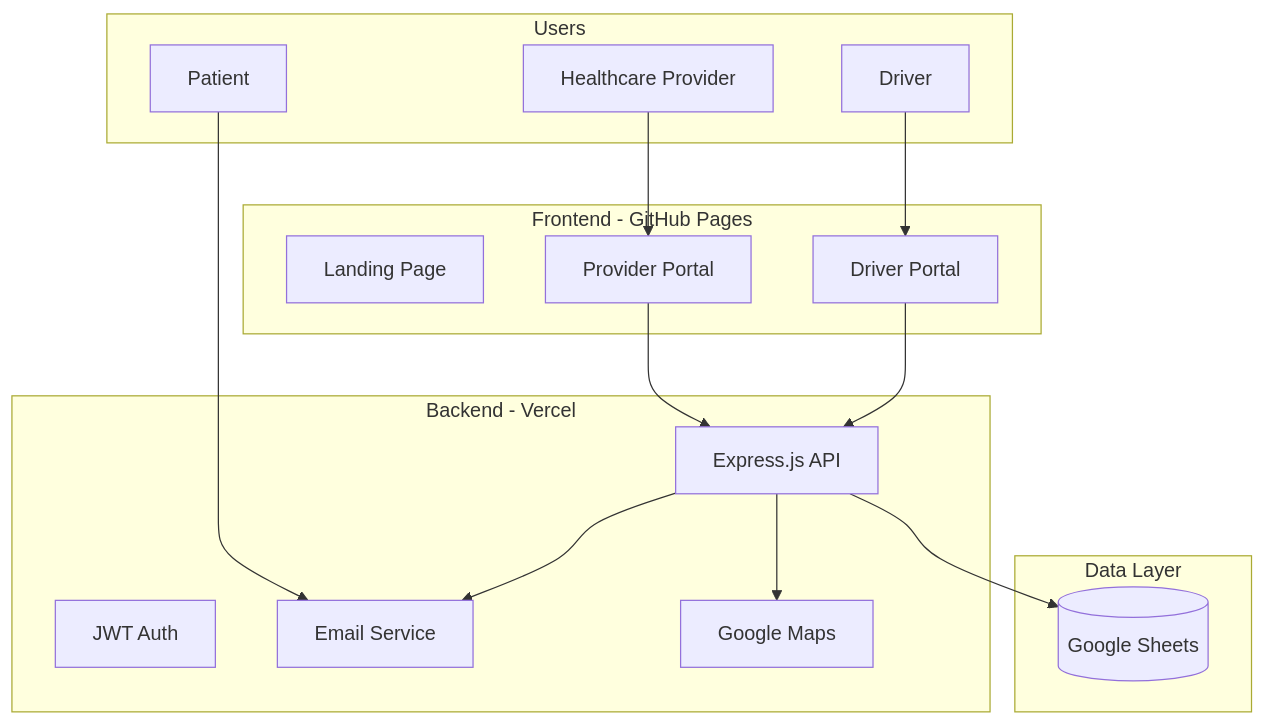
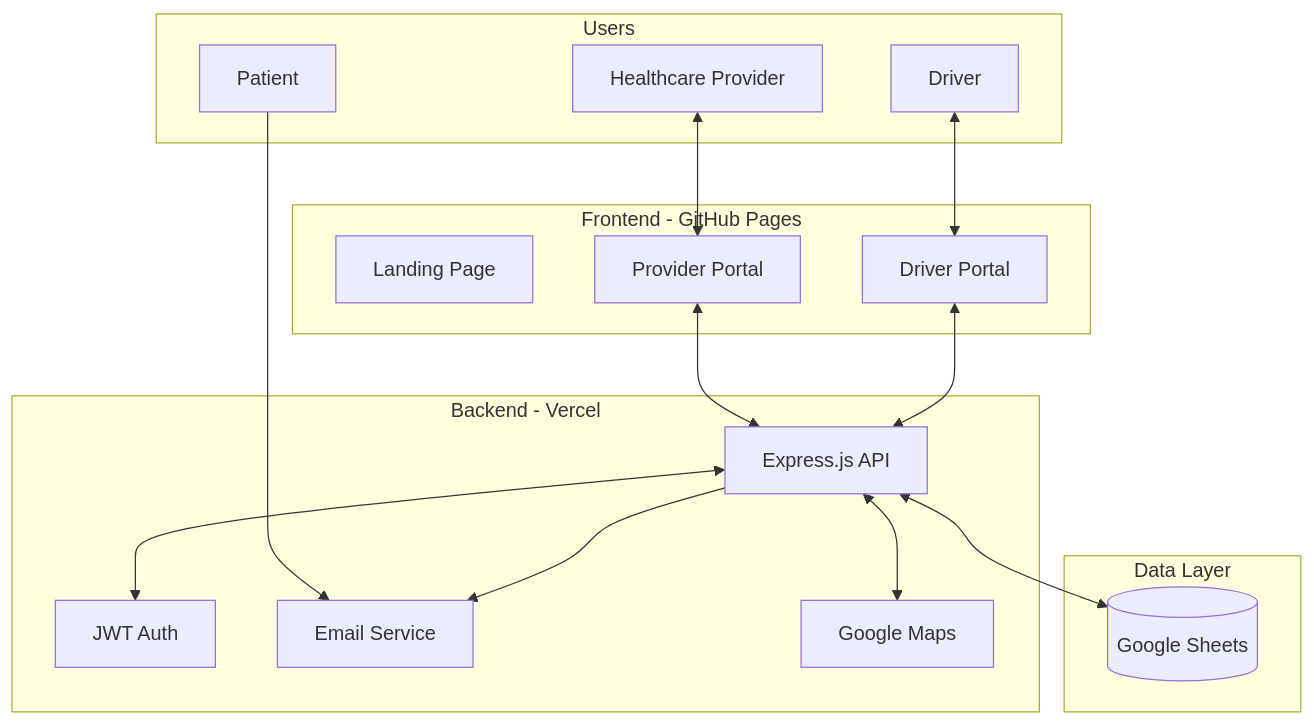
The first of 10 diagrams in FLOWS.md (ACherniske/ECEG301), drawn with Mermaid before and after one commit. The commit also changed other lines of this file and 1 other file, not shown here.

````diff
--- a/FLOWS.md
+++ b/FLOWS.md
@@ -38,35 +38,36 @@
 ```mermaid
 graph TB
     subgraph Users["Users"]
         PROV[Healthcare Provider]
         PAT[Patient]
         DRV[Driver]
     end
     
     subgraph Frontend["Frontend - GitHub Pages"]
         LP[Landing Page]
         PP[Provider Portal]
         DP[Driver Portal]
     end
     
     subgraph Backend["Backend - Vercel"]
         API[Express.js API]
         AUTH[JWT Auth]
         EMAIL[Email Service]
         MAPS[Google Maps]
     end
     
     subgraph Data["Data Layer"]
         GS[(Google Sheets)]
     end
     
-    PROV --> PP
+    PROV <--> PP
     PAT --> EMAIL
-    DRV --> DP
+    DRV <--> DP
     
-    PP --> API
-    DP --> API
-    API --> GS
+    PP <--> API
+    DP <--> API
+    API <--> AUTH
+    API <--> GS
     API --> EMAIL
-    API --> MAPS
+    API <--> MAPS
 ```
````
